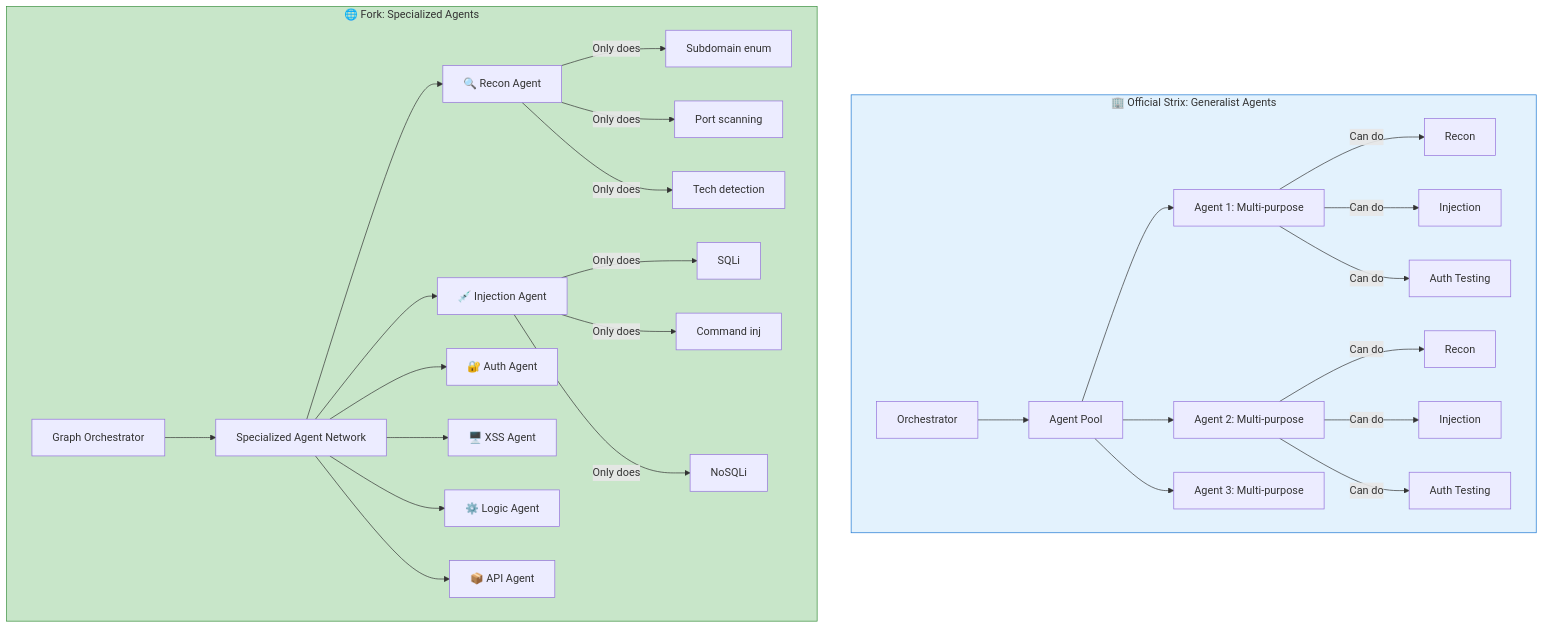
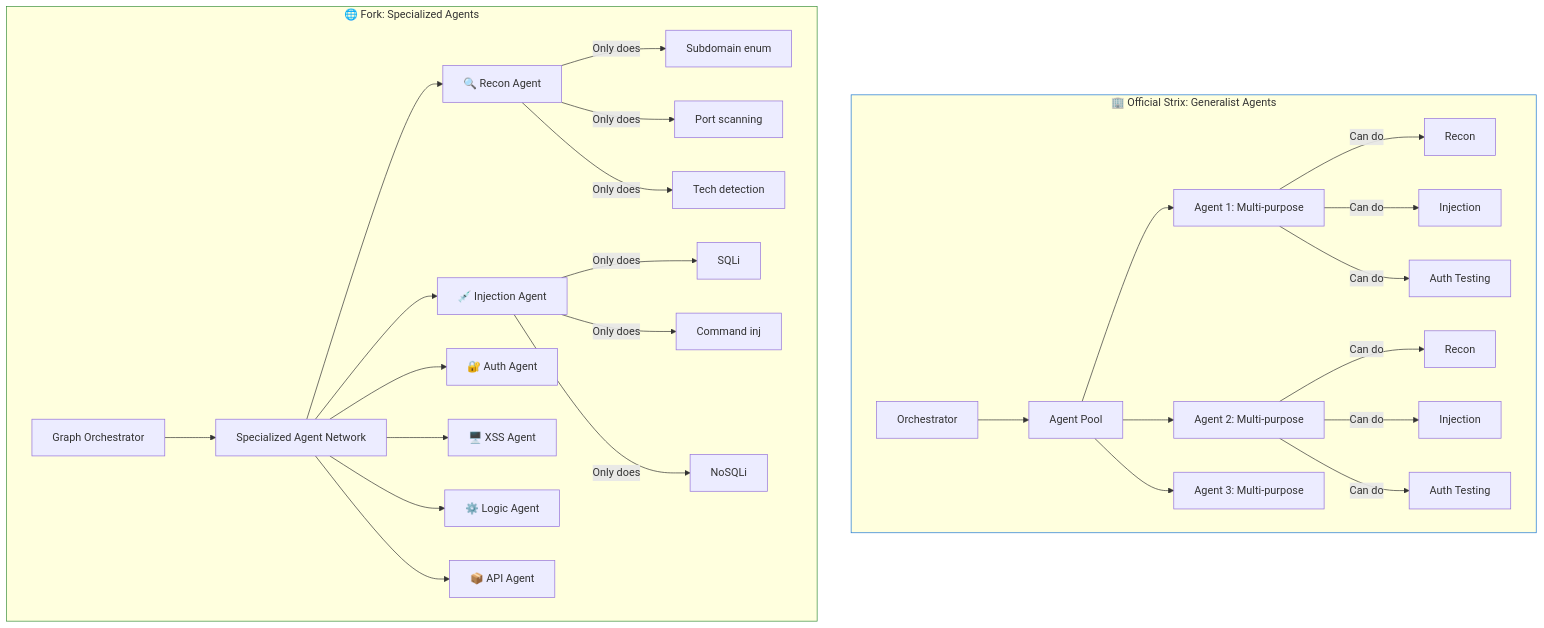
One commit to ai-agents-cybersecurity/strixresearch changed the first of 4 diagrams in research/multi_agent_architecture_deep_dive.md. Above: the diagram before and after it, drawn with Mermaid. The commit also changed other lines of this file and 8 other files, not shown here.

First line of the commit message:
Clean up docs: remove conversational preamble, fix Mermaid syntax, add pentest checklist

````diff
--- a/research/multi_agent_architecture_deep_dive.md
+++ b/research/multi_agent_architecture_deep_dive.md
@@ -15,39 +15,39 @@
 ```mermaid
 flowchart TB
     subgraph OFFICIAL["🏢 Official Strix: Generalist Agents"]
         O1[Orchestrator] --> O2[Agent Pool]
         O2 --> O3[Agent 1: Multi-purpose]
         O2 --> O4[Agent 2: Multi-purpose]
         O2 --> O5[Agent 3: Multi-purpose]
         
         O3 -->|Can do| O3A[Recon]
         O3 -->|Can do| O3B[Injection]
         O3 -->|Can do| O3C[Auth Testing]
         
         O4 -->|Can do| O4A[Recon]
         O4 -->|Can do| O4B[Injection]
         O4 -->|Can do| O4C[Auth Testing]
     end
 
     subgraph FORK["🌐 Fork: Specialized Agents"]
         F1[Graph Orchestrator] --> F2[Specialized Agent Network]
         
         F2 --> F3[🔍 Recon Agent]
         F2 --> F4[💉 Injection Agent]
         F2 --> F5[🔐 Auth Agent]
         F2 --> F6[🖥️ XSS Agent]
         F2 --> F7[⚙️ Logic Agent]
         F2 --> F8[📦 API Agent]
         
         F3 -->|Only does| F3A[Subdomain enum]
         F3 -->|Only does| F3B[Port scanning]
         F3 -->|Only does| F3C[Tech detection]
         
         F4 -->|Only does| F4A[SQLi]
         F4 -->|Only does| F4B[Command inj]
         F4 -->|Only does| F4C[NoSQLi]
     end
 
-    style FORK fill:#c8e6c9,stroke:#388e3c
-    style OFFICIAL fill:#e3f2fd,stroke:#1976d2
+    style FORK fill:#c8e6c,stroke:#388e3a
+    style OFFICIAL fill:#e3f2f,stroke:#1976d2
 ```
````
